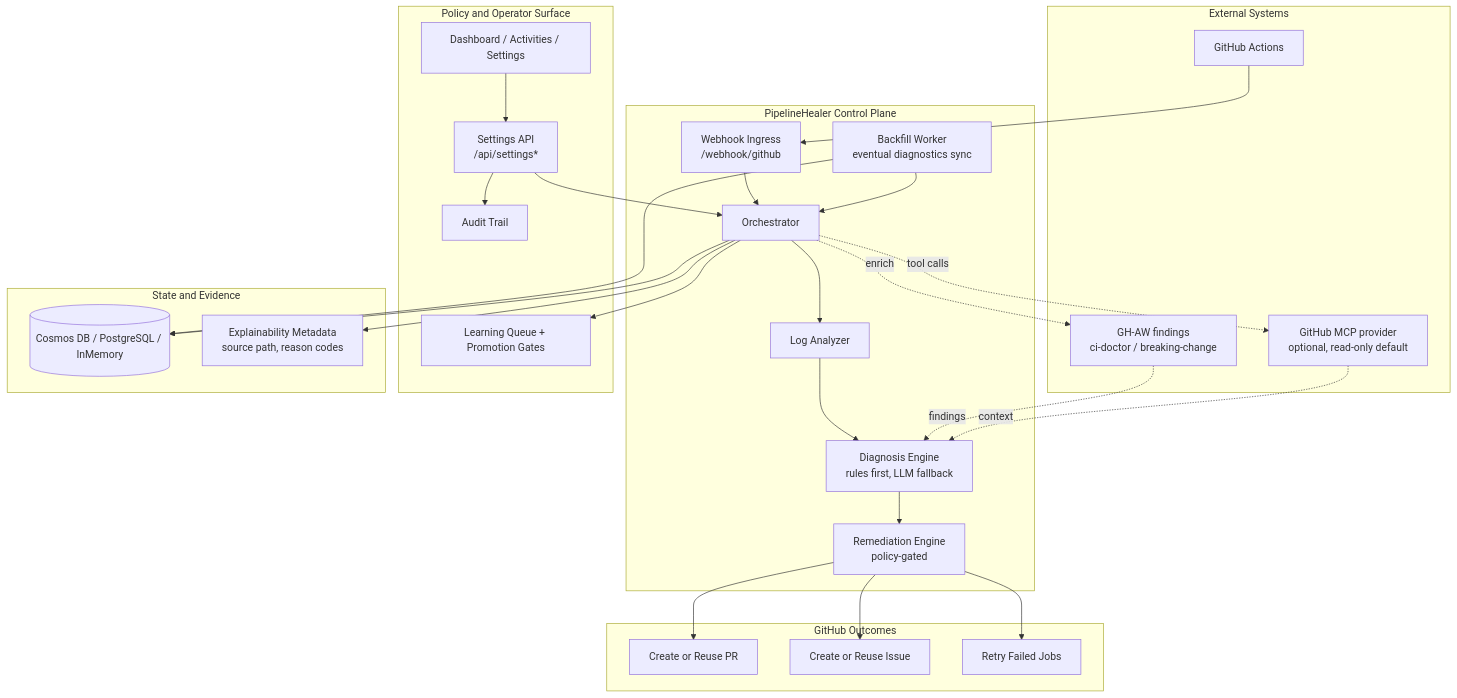
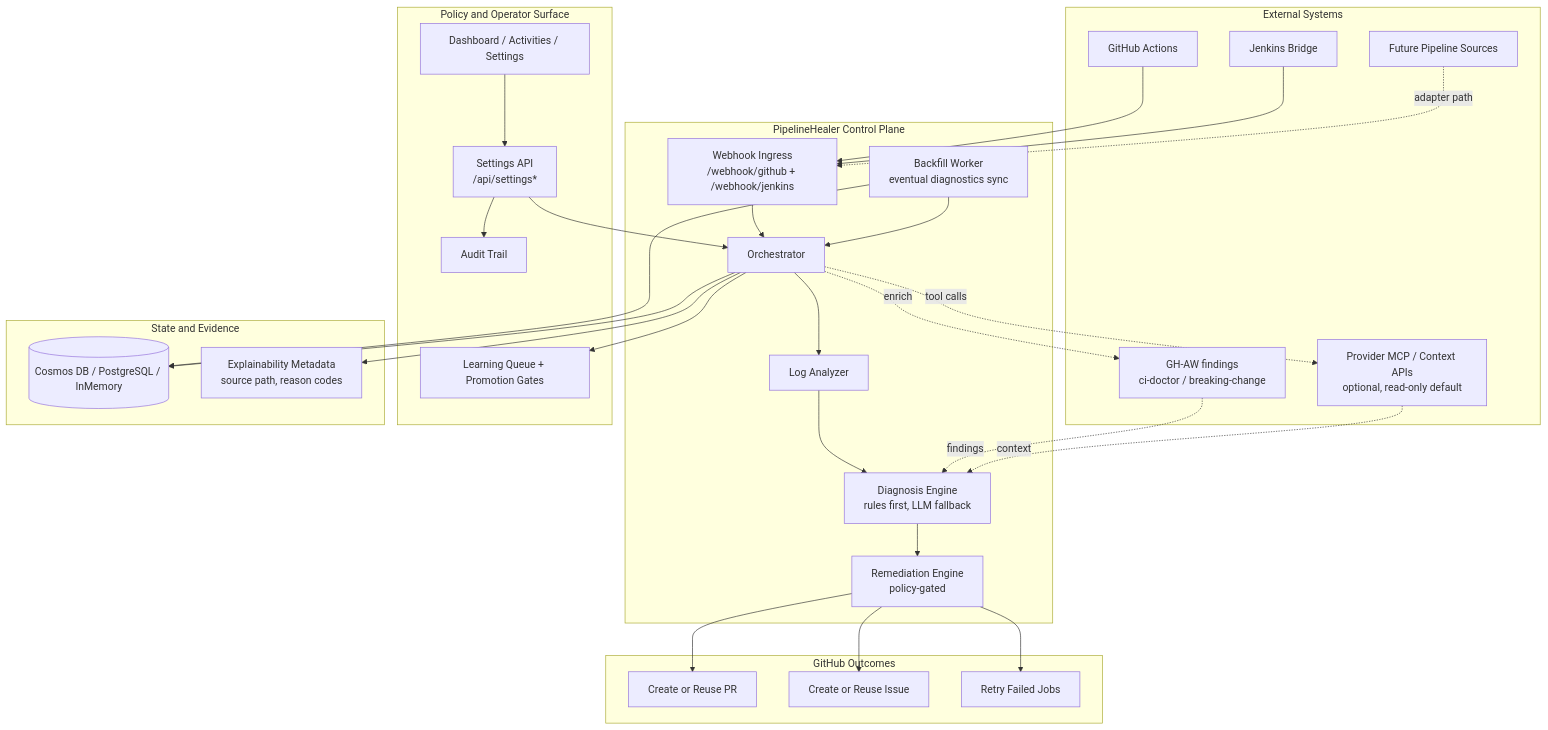
One commit to Canepro/pipelinehealer changed the first of 2 diagrams in README.md. Above: the diagram before and after it, drawn with Mermaid. The commit also changed other lines of this file and 6 other files, not shown here.

````diff
--- a/README.md
+++ b/README.md
@@ -186,54 +198,58 @@
 ```mermaid
 flowchart TB
   subgraph EXT["External Systems"]
     GH["GitHub Actions"]
+    JN["Jenkins Bridge"]
     GHAW["GH-AW findings<br/>ci-doctor / breaking-change"]
-    MCP["GitHub MCP provider<br/>optional, read-only default"]
+    MCP["Provider MCP / Context APIs<br/>optional, read-only default"]
+    OTH["Future Pipeline Sources"]
   end
 
   subgraph CTRL["PipelineHealer Control Plane"]
-    WH["Webhook Ingress<br/>/webhook/github"]
+    WH["Webhook Ingress<br/>/webhook/github + /webhook/jenkins"]
     ORCH["Orchestrator"]
     ANA["Log Analyzer"]
     DIA["Diagnosis Engine<br/>rules first, LLM fallback"]
     REM["Remediation Engine<br/>policy-gated"]
     BF["Backfill Worker<br/>eventual diagnostics sync"]
   end
 
   subgraph GOV["Policy and Operator Surface"]
     UI["Dashboard / Activities / Settings"]
     API["Settings API<br/>/api/settings*"]
     AUD["Audit Trail"]
     LRN["Learning Queue + Promotion Gates"]
   end
 
   subgraph DATA["State and Evidence"]
     DB[("Cosmos DB / PostgreSQL / InMemory")]
     EXP["Explainability Metadata<br/>source path, reason codes"]
   end
 
   subgraph OUT["GitHub Outcomes"]
     PR["Create or Reuse PR"]
     IS["Create or Reuse Issue"]
     RR["Retry Failed Jobs"]
   end
 
   GH --> WH --> ORCH
+  JN --> WH
+  OTH -. adapter path .-> WH
   ORCH --> ANA --> DIA --> REM
   REM --> PR
   REM --> IS
   REM --> RR
 
   ORCH -. enrich .-> GHAW
   GHAW -. findings .-> DIA
   ORCH -. tool calls .-> MCP
   MCP -. context .-> DIA
 
   UI --> API --> ORCH
   API --> AUD
   ORCH --> LRN
   BF --> ORCH
   BF --> DB
   ORCH --> DB
   ORCH --> EXP
 ```
````
